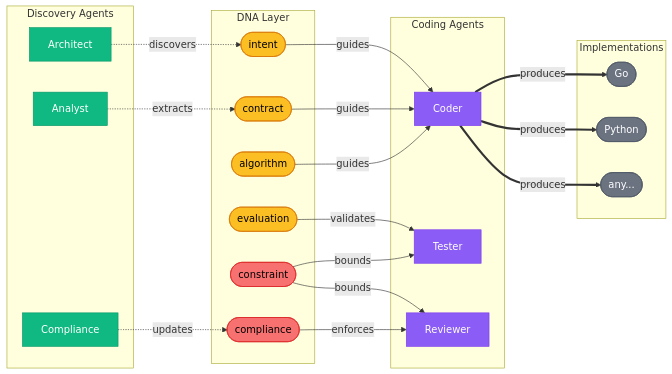
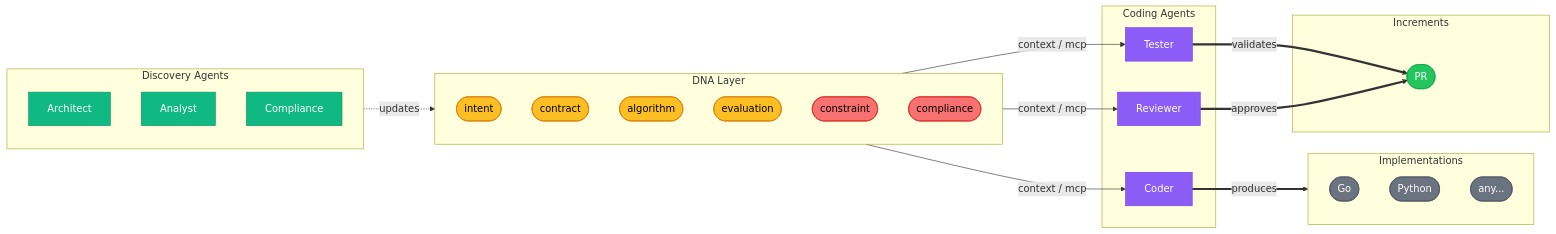
One commit to panbanda/dna changed the first of 2 diagrams in README.md. Above: the diagram before and after it, drawn with Mermaid.

Commit message:
docs: simplify intent template diagram connections
- Discovery agents point to DNA Layer box (not individual kinds)
- DNA Layer to agents labeled "context / mcp"
- Add Increments section with PR for tester/reviewer output
- Coder produces implementations, tester validates PR, reviewer approves PR

````diff
--- a/README.md
+++ b/README.md
@@ -63,64 +63,64 @@
 ```mermaid
 flowchart LR
     subgraph discovery["Discovery Agents"]
         architect["Architect"]
         analyst["Analyst"]
         auditor["Compliance"]
     end
 
     subgraph dna["DNA Layer"]
         intent(["intent"])
         contract(["contract"])
         algorithm(["algorithm"])
         evaluation(["evaluation"])
         constraint(["constraint"])
         compliance(["compliance"])
     end
 
     subgraph coding["Coding Agents"]
         coder["Coder"]
         tester["Tester"]
         reviewer["Reviewer"]
     end
 
     subgraph impl["Implementations"]
         go(["Go"])
         py(["Python"])
         any(["any..."])
     end
 
-    architect -.->|discovers| intent
-    analyst -.->|extracts| contract
-    auditor -.->|updates| compliance
+    subgraph increments["Increments"]
+        pr(["PR"])
+    end
 
-    intent -->|guides| coder
-    contract -->|guides| coder
-    algorithm -->|guides| coder
-    evaluation -->|validates| tester
-    constraint -->|bounds| tester
-    constraint -->|bounds| reviewer
-    compliance -->|enforces| reviewer
+    discovery -.->|updates| dna
 
-    coder ==>|produces| go
-    coder ==>|produces| py
-    coder ==>|produces| any
+    dna -->|context / mcp| coder
+    dna -->|context / mcp| tester
+    dna -->|context / mcp| reviewer
+
+    coder ==>|produces| impl
+    tester ==>|validates| pr
+    reviewer ==>|approves| pr
 
     style architect fill:#10b981,stroke:#059669,color:#fff
     style analyst fill:#10b981,stroke:#059669,color:#fff
     style auditor fill:#10b981,stroke:#059669,color:#fff
 
     style intent fill:#fbbf24,stroke:#d97706,color:#000
     style contract fill:#fbbf24,stroke:#d97706,color:#000
     style algorithm fill:#fbbf24,stroke:#d97706,color:#000
     style evaluation fill:#fbbf24,stroke:#d97706,color:#000
     style constraint fill:#f87171,stroke:#dc2626,color:#000
     style compliance fill:#f87171,stroke:#dc2626,color:#000
 
     style coder fill:#8b5cf6,stroke:#7c3aed,color:#fff
     style tester fill:#8b5cf6,stroke:#7c3aed,color:#fff
     style reviewer fill:#8b5cf6,stroke:#7c3aed,color:#fff
 
     style go fill:#6b7280,stroke:#4b5563,color:#fff
     style py fill:#6b7280,stroke:#4b5563,color:#fff
     style any fill:#6b7280,stroke:#4b5563,color:#fff
+
+    style pr fill:#22c55e,stroke:#16a34a,color:#fff
 ```
````
